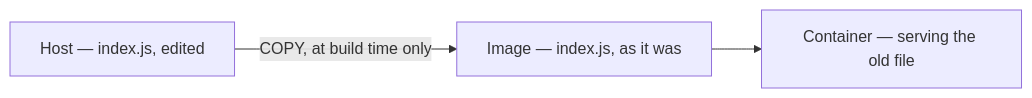
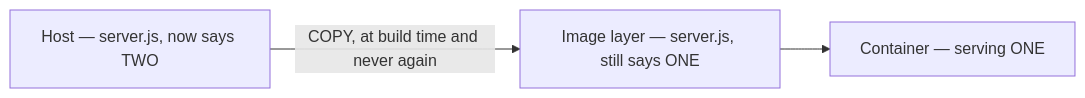
One commit to Dummy-Bug/system-design-handbook changed the first of 4 diagrams in Backend Engineering/19-Docker/11-Bind-Mounts-And-Volumes.md. Above: the diagram before and after it, drawn with Mermaid. The commit also changed other lines of this file and 42 other files, not shown here.

````diff
--- a/Backend Engineering/19-Docker/11-Bind-Mounts-And-Volumes.md
+++ b/Backend Engineering/19-Docker/11-Bind-Mounts-And-Volumes.md
@@ -18,5 +67,5 @@
 ```mermaid
 flowchart LR
-    H["Host — index.js, edited"] -->|"COPY, at build time only"| I["Image — index.js, as it was"]
-    I --> C["Container — serving the old file"]
+    H["Host — server.js, now says TWO"] -->|"COPY, at build time and never again"| I["Image layer — server.js, still says ONE"]
+    I --> C["Container — serving ONE"]
 ```
````
